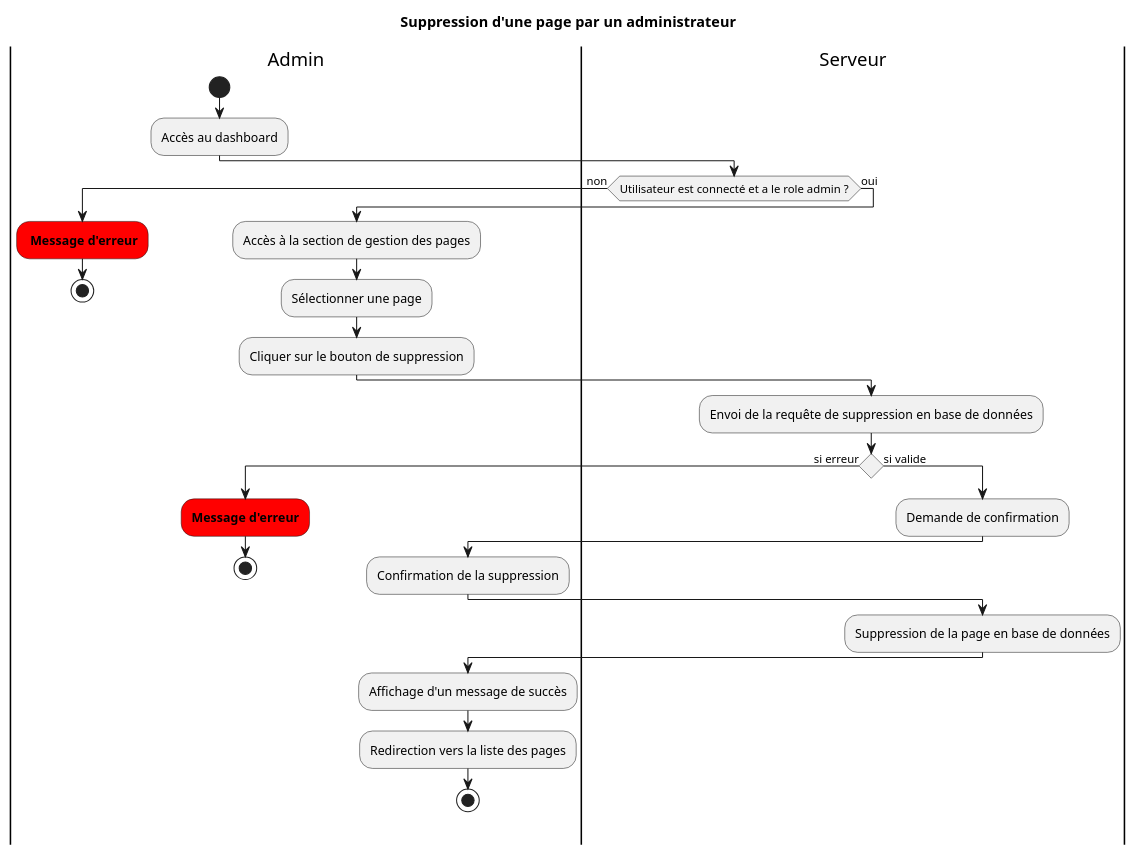
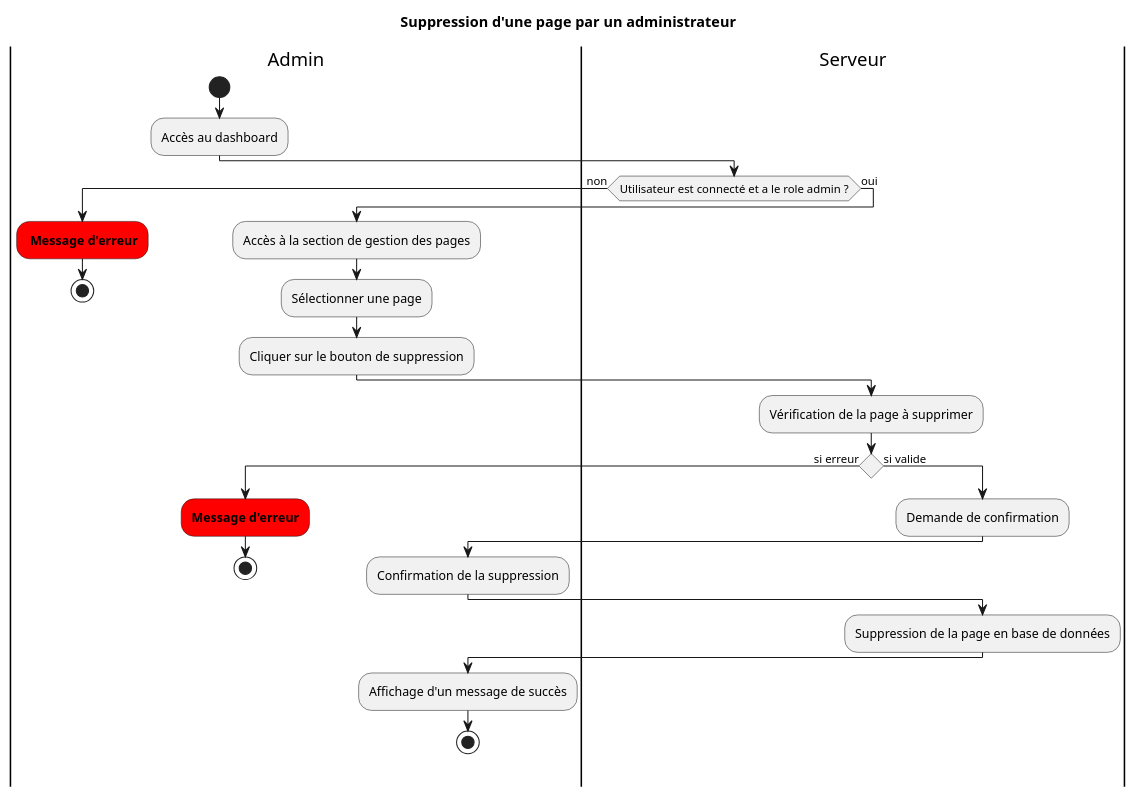
One commit to fledgless/PFI-HDF changed the diagram in public/conception/diagrammes/activite/AdminDeletePage.puml. Above: the diagram before and after it, drawn with PlantUML. The commit also changed 14 other files, not shown here.

Commit message:
ajout des diagrammes d'activité de lecture et de modification d'objet

```diff
--- a/public/conception/diagrammes/activite/AdminDeletePage.puml
+++ b/public/conception/diagrammes/activite/AdminDeletePage.puml
@@ -1,36 +1,35 @@
 @startuml AdminDeletePage
 title Suppression d'une page par un administrateur
 
 |Admin|
 start
 :Accès au dashboard;
 |Serveur|
 if (Utilisateur est connecté et a le role admin ?) then (non)
   |Admin|
   #red: **Message d'erreur**;
   stop
 else (oui)
   |Admin|
   :Accès à la section de gestion des pages;
   :Sélectionner une page;
     :Cliquer sur le bouton de suppression;
   |Serveur|
-  :Envoi de la requête de suppression en base de données;
+  :Vérification de la page à supprimer;
   if () is (si erreur) then
     |Admin|
     #red:**Message d'erreur**;
     stop
   else (si valide)
     |Serveur|
     :Demande de confirmation;
     |Admin|
     :Confirmation de la suppression;
     |Serveur|
     :Suppression de la page en base de données;
     |Admin|
     :Affichage d'un message de succès;
-    :Redirection vers la liste des pages;
     stop
   endif
 endif
 @enduml
```
